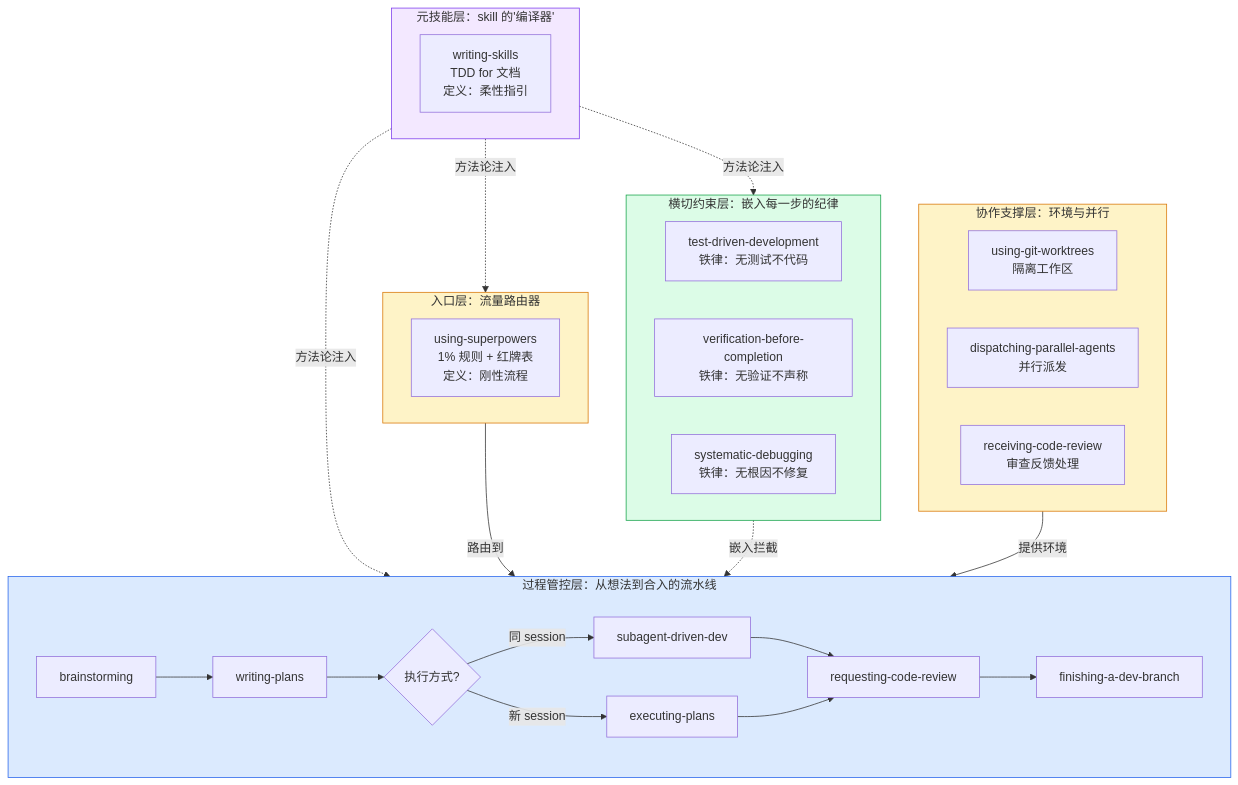
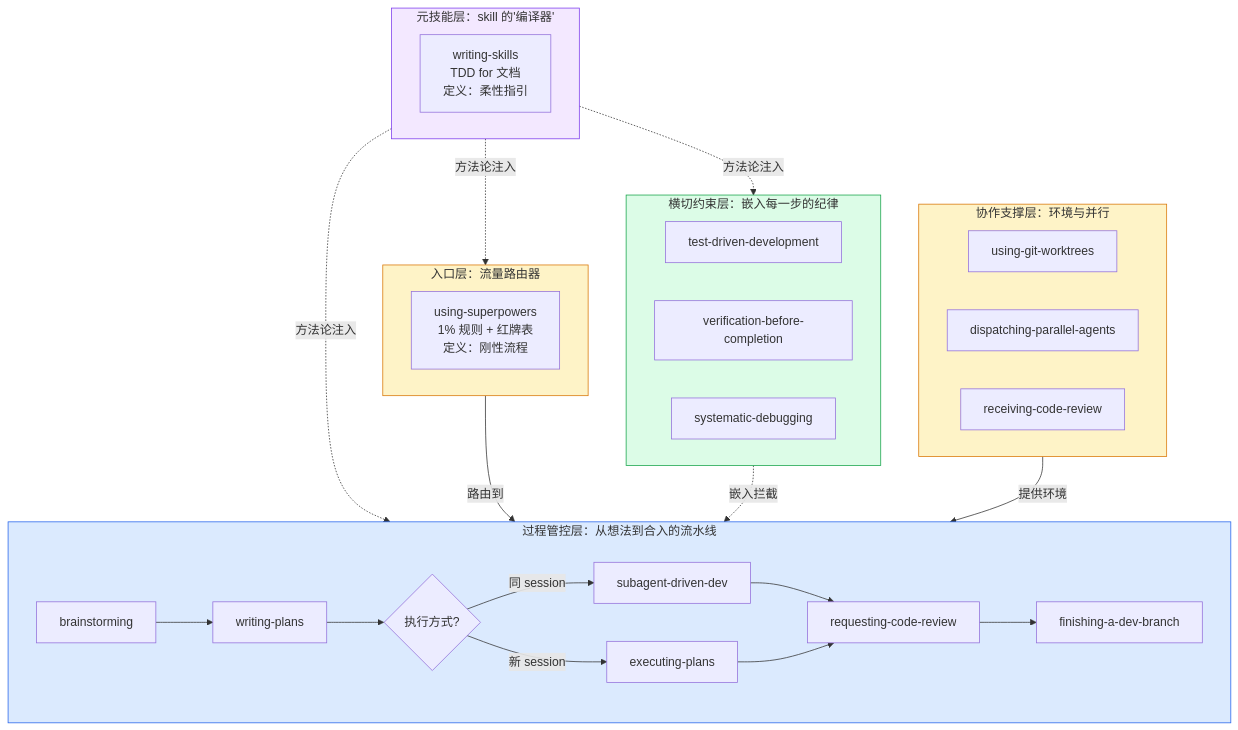
Before and after one commit to binshao996/superpowers-uncovering: the first of 2 diagrams in public/content/chapters/01-architecture.md, drawn with Mermaid. The commit also changed other lines of this file and 7 other files, not shown here.

First line of the commit message:
feat: rewrite chapters with source-code-level analysis, fix mermaid rendering

````diff
--- a/public/content/chapters/01-architecture.md
+++ b/public/content/chapters/01-architecture.md
@@ -9,46 +9,46 @@
 ```mermaid
 graph TB
     subgraph L0["元技能层：skill 的'编译器'"]
         WS["writing-skills<br/>TDD for 文档<br/>定义：柔性指引"]
     end
 
     subgraph L1["入口层：流量路由器"]
         US["using-superpowers<br/>1% 规则 + 红牌表<br/>定义：刚性流程"]
     end
 
     subgraph L2["过程管控层：从想法到合入的流水线"]
         direction LR
         BR["brainstorming"] --> WP["writing-plans"]
         WP --> EX{"执行方式?"}
         EX -->|"同 session"| SDD["subagent-driven-dev"]
         EX -->|"新 session"| EP["executing-plans"]
         SDD --> RCR["requesting-code-review"]
         EP --> RCR
         RCR --> FDB["finishing-a-dev-branch"]
     end
 
     subgraph L3["横切约束层：嵌入每一步的纪律"]
-        TDD["test-driven-development<br/>铁律：无测试不代码"]
-        VBC["verification-before-completion<br/>铁律：无验证不声称"]
-        SDB["systematic-debugging<br/>铁律：无根因不修复"]
+        TDD["test-driven-development"]
+        VBC["verification-before-completion"]
+        SDB["systematic-debugging"]
     end
 
     subgraph L4["协作支撑层：环境与并行"]
-        UGW["using-git-worktrees<br/>隔离工作区"]
-        DPA["dispatching-parallel-agents<br/>并行派发"]
-        RCV["receiving-code-review<br/>审查反馈处理"]
+        UGW["using-git-worktrees"]
+        DPA["dispatching-parallel-agents"]
+        RCV["receiving-code-review"]
     end
 
     L0 -.->|"方法论注入"| L1
     L0 -.->|"方法论注入"| L2
     L0 -.->|"方法论注入"| L3
     L1 -->|"路由到"| L2
     L3 -.->|"嵌入拦截"| L2
     L4 -->|"提供环境"| L2
 
     style L0 fill:#f3e8ff,stroke:#7c3aed
     style L1 fill:#fef3c7,stroke:#d97706
     style L2 fill:#dbeafe,stroke:#2563eb
     style L3 fill:#dcfce7,stroke:#16a34a
     style L4 fill:#fef3c7,stroke:#d97706
 ```
````
